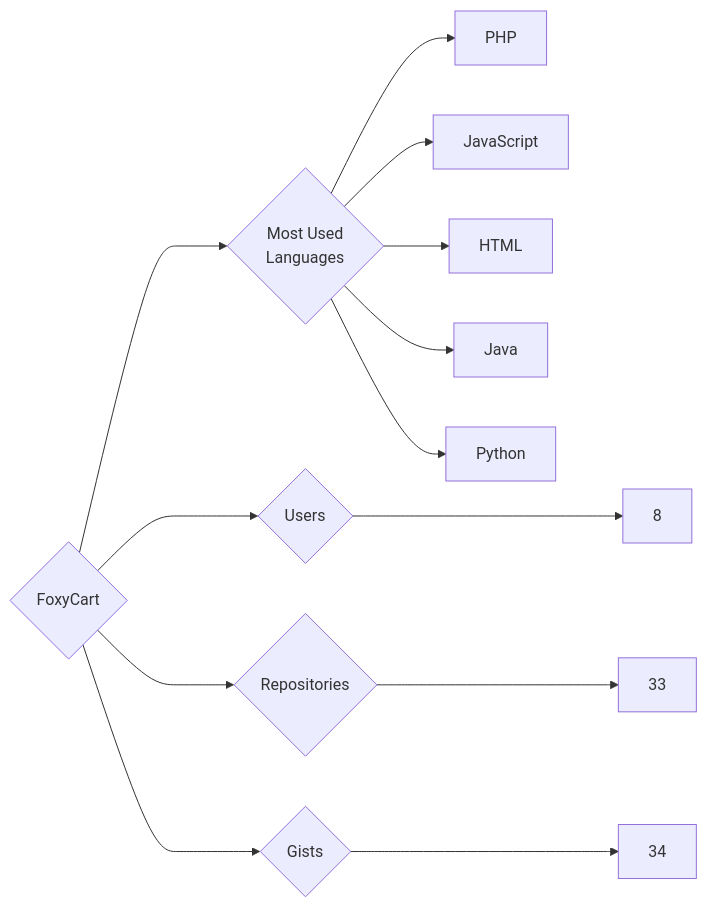
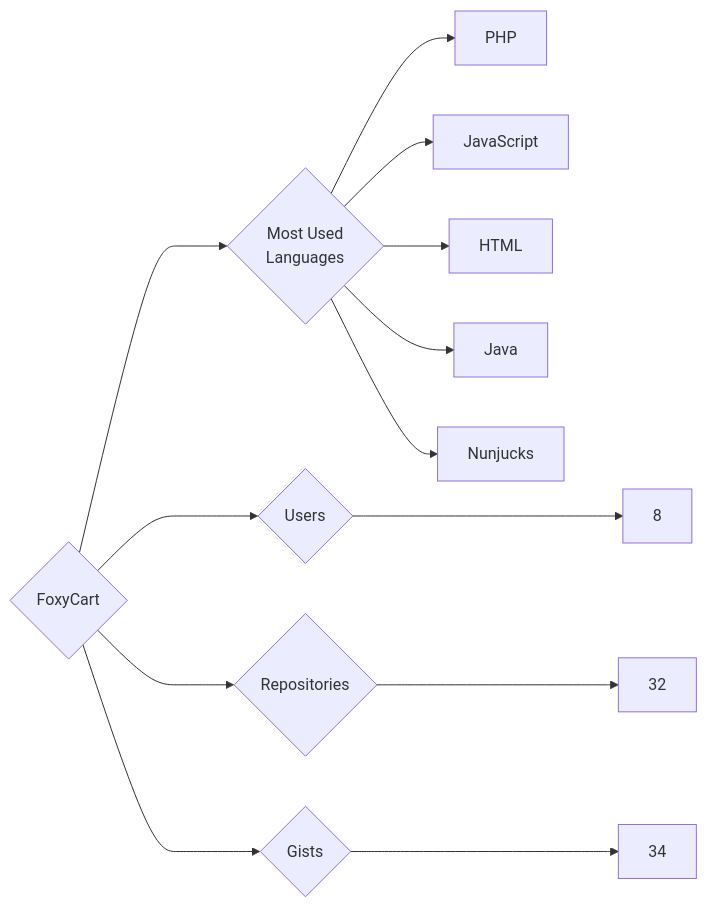
Before and after one commit to trickest/insiders: the diagram in targets/FoxyCart/README.md, drawn with Mermaid. The commit also changed 934 other files, not shown here.

````diff
--- a/targets/FoxyCart/README.md
+++ b/targets/FoxyCart/README.md
@@ -3,13 +3,13 @@
 ```mermaid
 graph LR
 COMPANY_NAME{FoxyCart}
 COMPANY_NAME ---> U{Users} ---> UN[8]
-COMPANY_NAME ---> R{Repositories} ---> RN[33]
+COMPANY_NAME ---> R{Repositories} ---> RN[32]
 COMPANY_NAME ---> G{Gists} ---> GN[34]
 COMPANY_NAME ---> ML{Most Used<br>Languages}
 ML --> PHP[PHP]
 ML --> JavaScript[JavaScript]
 ML --> HTML[HTML]
 ML --> Java[Java]
-ML --> Python[Python]
+ML --> Nunjucks[Nunjucks]
 ```
````
